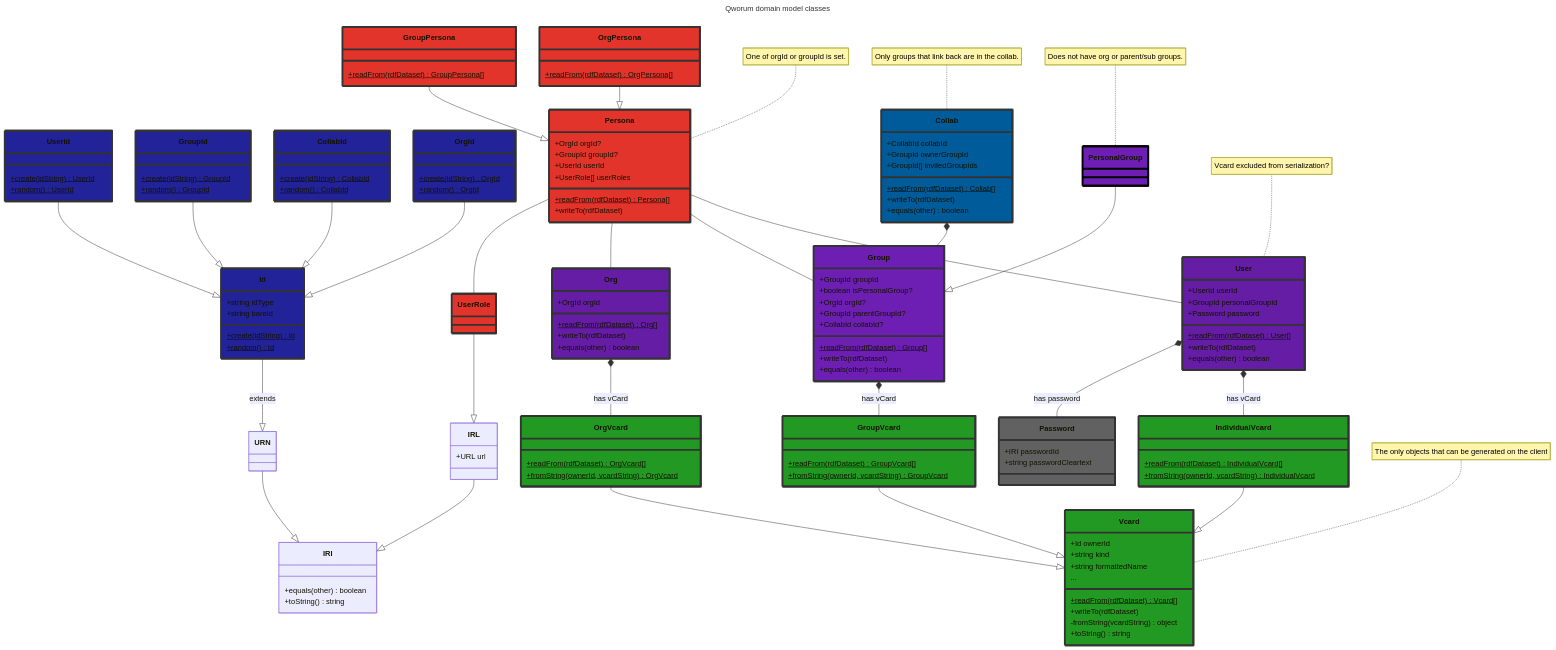
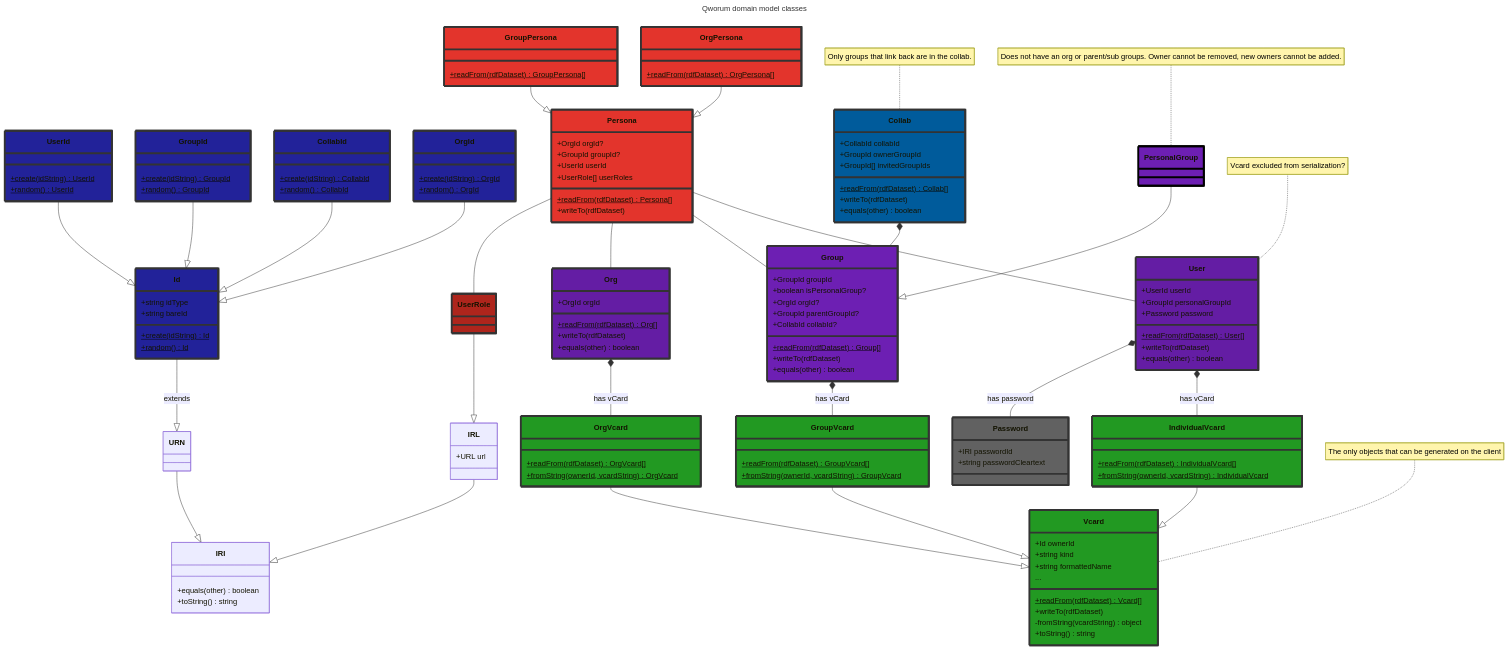
The first of 3 diagrams in README.md (doga/qworum-domain-model), drawn with Mermaid before and after one commit. The commit also changed other lines of this file and 3 other files, not shown here.

````diff
--- a/README.md
+++ b/README.md
@@ -127,10 +127,9 @@
   }
 
   note for Collab "Only groups that link back are in the collab."
-  note for Persona "One of orgId or groupId is set."
   note for User "Vcard excluded from serialization?"
   note for Vcard "The only objects that can be generated on the client"
-  note for PersonalGroup "Does not have org or parent/sub groups."
+  note for PersonalGroup "Does not have an org or parent/sub groups. Owner cannot be removed, new owners cannot be added."
 
   Id --|> URN : extends
   URN --|> IRI
@@ -161,7 +160,6 @@
   style GroupId fill:#229,stroke:#333,stroke-width:4px
   style CollabId fill:#229,stroke:#333,stroke-width:4px
   style OrgId fill:#229,stroke:#333,stroke-width:4px
-  style UserRole fill:#E3342C,stroke:#333,stroke-width:4px
 
   style Org fill:#641DA4,stroke:#333,stroke-width:4px
   style Group fill:#6D1FB3,stroke:#333,stroke-width:4px
@@ -178,4 +176,6 @@
   style Persona fill:#E3342C,stroke:#333,stroke-width:4px
   style OrgPersona fill:#E3342C,stroke:#333,stroke-width:4px
   style GroupPersona fill:#E3342C,stroke:#333,stroke-width:4px
+
+  style UserRole fill:#AE251C,stroke:#333,stroke-width:4px
 ```
````
